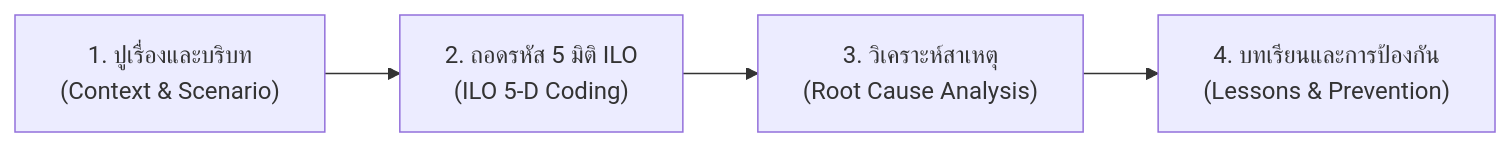
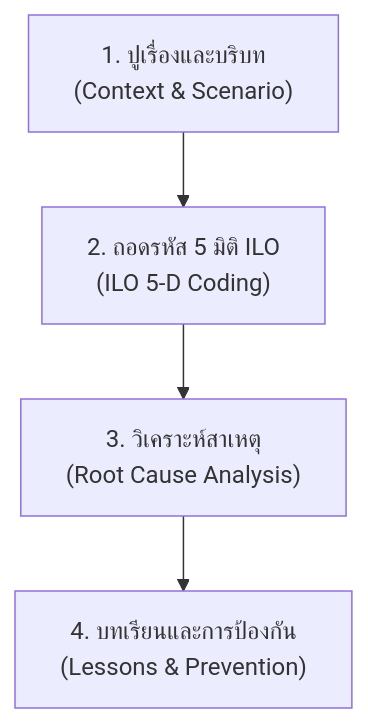
One commit to 69030022-code/OHS_2569 changed the diagram in Week-07/Week07-06.md. Above: the diagram before and after it, drawn with Mermaid.

Commit message:
vault backup: 2026-08-27 02:57:13

````diff
--- a/Week-07/Week07-06.md
+++ b/Week-07/Week07-06.md
@@ -46,6 +46,6 @@
 ```mermaid
-flowchart LR
+flowchart TB
     S1["1. ปูเรื่องและบริบท<br>(Context & Scenario)"] --> S2["2. ถอดรหัส 5 มิติ ILO<br>(ILO 5-D Coding)"]
     S2 --> S3["3. วิเคราะห์สาเหตุ<br>(Root Cause Analysis)"]
     S3 --> S4["4. บทเรียนและการป้องกัน<br>(Lessons & Prevention)"]
 ```
````
